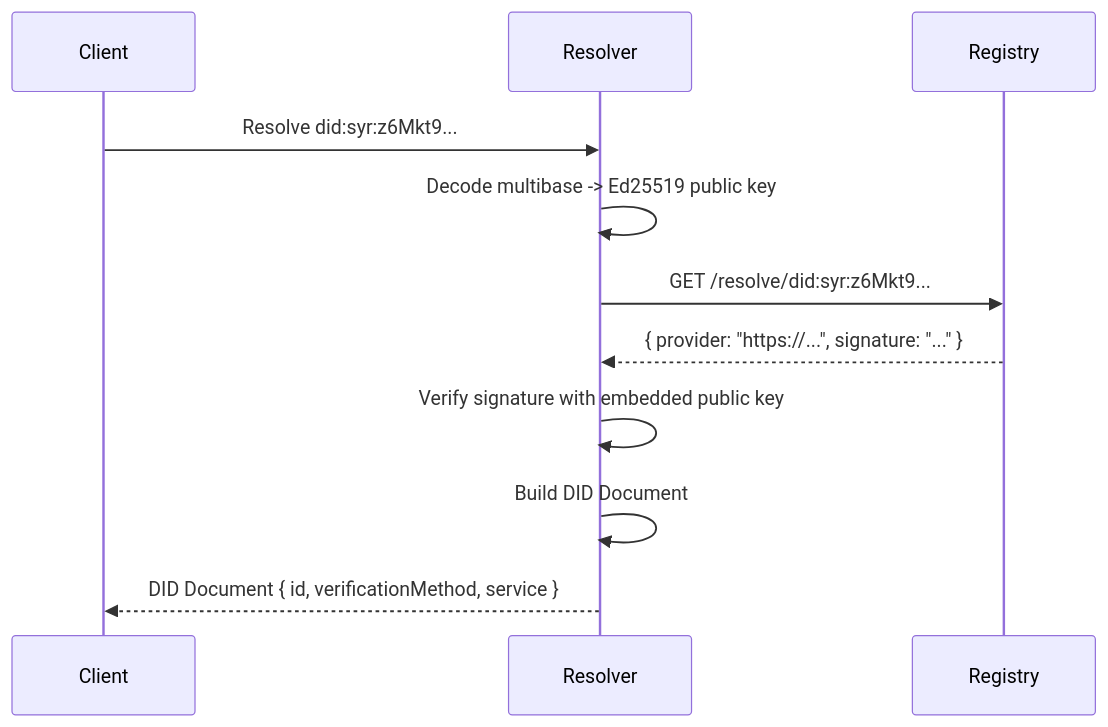
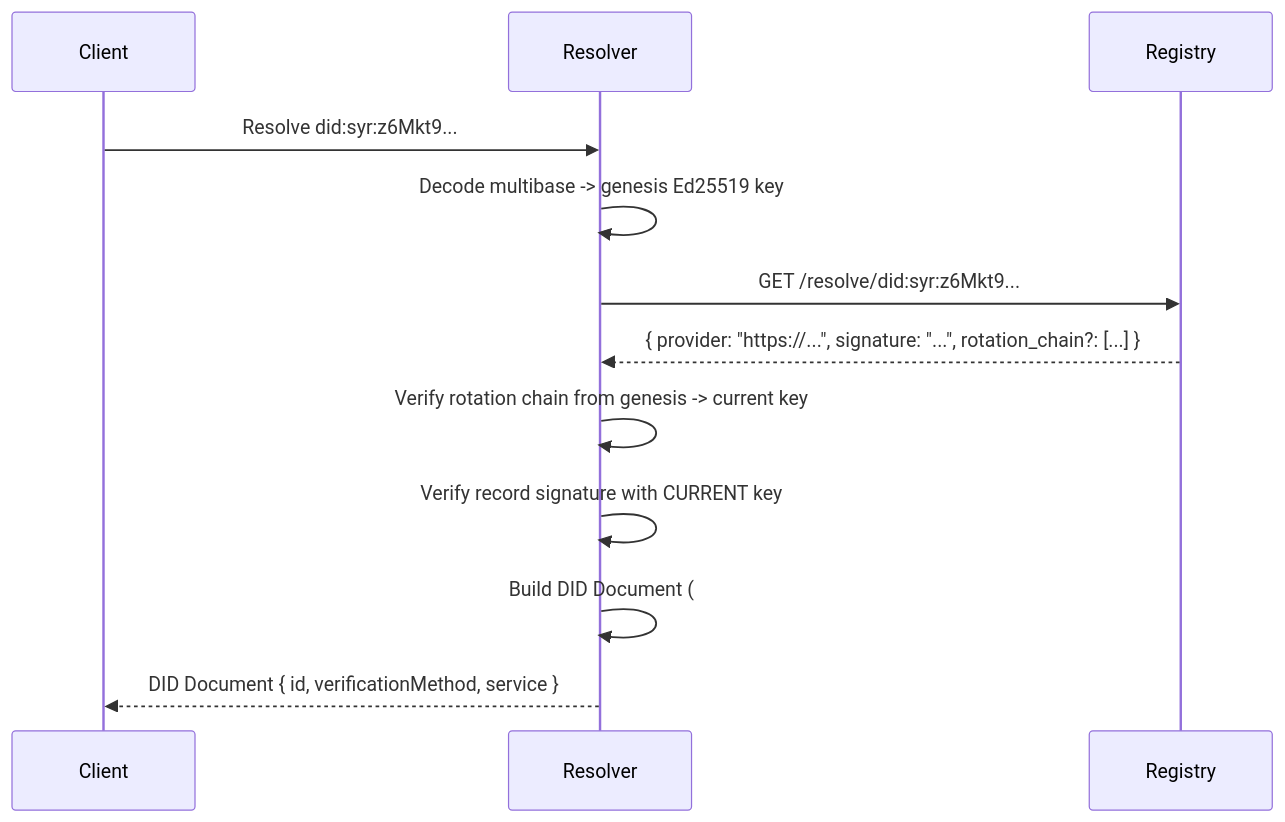
The diagram in apps/docs/app/src/routes/architecture/did-method/+page.md (syr-is/syr), drawn with Mermaid before and after one commit. The commit also changed other lines of this file and 59 other files, not shown here.

First line of the commit message:
Root-key rotation chain + verifiable signed exports; plural-registry framing (#57)

````diff
--- a/apps/docs/app/src/routes/architecture/did-method/+page.md
+++ b/apps/docs/app/src/routes/architecture/did-method/+page.md
@@ -95,14 +100,15 @@
 ```mermaid
 sequenceDiagram
     participant Client
     participant Resolver
     participant Registry
 
     Client->>Resolver: Resolve did:syr:z6Mkt9...
-    Resolver->>Resolver: Decode multibase -> Ed25519 public key
+    Resolver->>Resolver: Decode multibase -> genesis Ed25519 key
     Resolver->>Registry: GET /resolve/did:syr:z6Mkt9...
-    Registry-->>Resolver: { provider: "https://...", signature: "..." }
-    Resolver->>Resolver: Verify signature with embedded public key
-    Resolver->>Resolver: Build DID Document
+    Registry-->>Resolver: { provider: "https://...", signature: "...", rotation_chain?: [...] }
+    Resolver->>Resolver: Verify rotation chain from genesis -> current key
+    Resolver->>Resolver: Verify record signature with CURRENT key
+    Resolver->>Resolver: Build DID Document (#root = current key)
     Resolver-->>Client: DID Document { id, verificationMethod, service }
 ```
````
